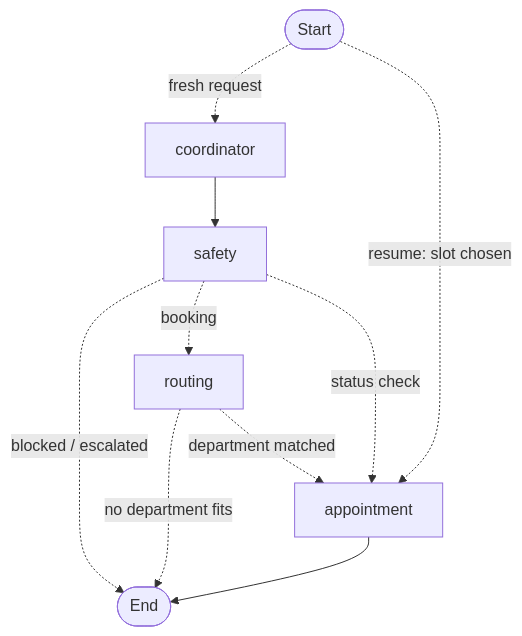
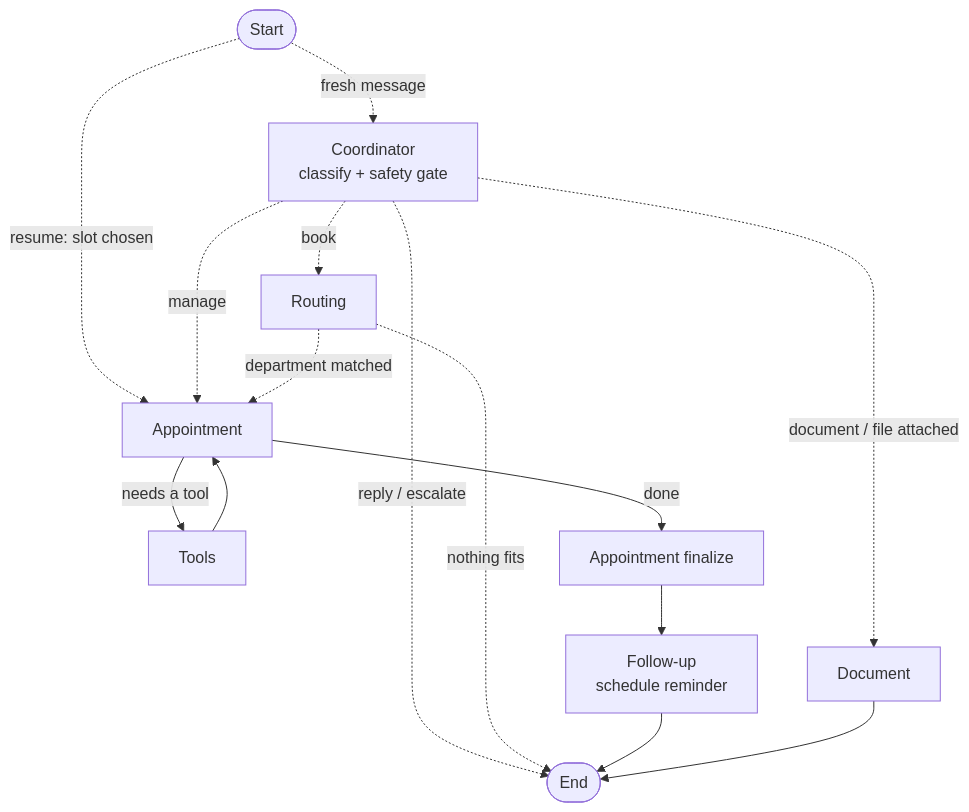
Before and after one commit to k-Rohit/agentcare: the diagram in README.md, drawn with Mermaid. The commit also changed other lines of this file and 2 other files, not shown here.

First line of the commit message:
docs: rewrite README with architecture + workflow graph, add LICENSE and full .env.example

````diff
--- a/README.md
+++ b/README.md
@@ -45,12 +37,21 @@
 ```mermaid
 graph TD;
-    START([Start]) -. fresh request .-> coordinator
-    START -. "resume: slot chosen" .-> appointment
-    coordinator --> safety
-    safety -. blocked / escalated .-> END([End])
-    safety -. booking .-> routing
-    safety -. status check .-> appointment
-    routing -. no department fits .-> END
-    routing -. department matched .-> appointment
-    appointment --> END
+    START([Start]) -. fresh message .-> C[Coordinator<br/>classify + safety gate]
+    START -. "resume: slot chosen" .-> A
+
+    C -. "reply / escalate" .-> END([End])
+    C -. "book" .-> R[Routing]
+    C -. "manage" .-> A[Appointment]
+    C -. "document / file attached" .-> D[Document]
+
+    R -. department matched .-> A
+    R -. nothing fits .-> END
+
+    A -->|needs a tool| T[Tools]
+    T --> A
+    A -->|done| F[Appointment finalize]
+    F --> FU[Follow-up<br/>schedule reminder]
+    FU --> END
+
+    D --> END
 ```
````
